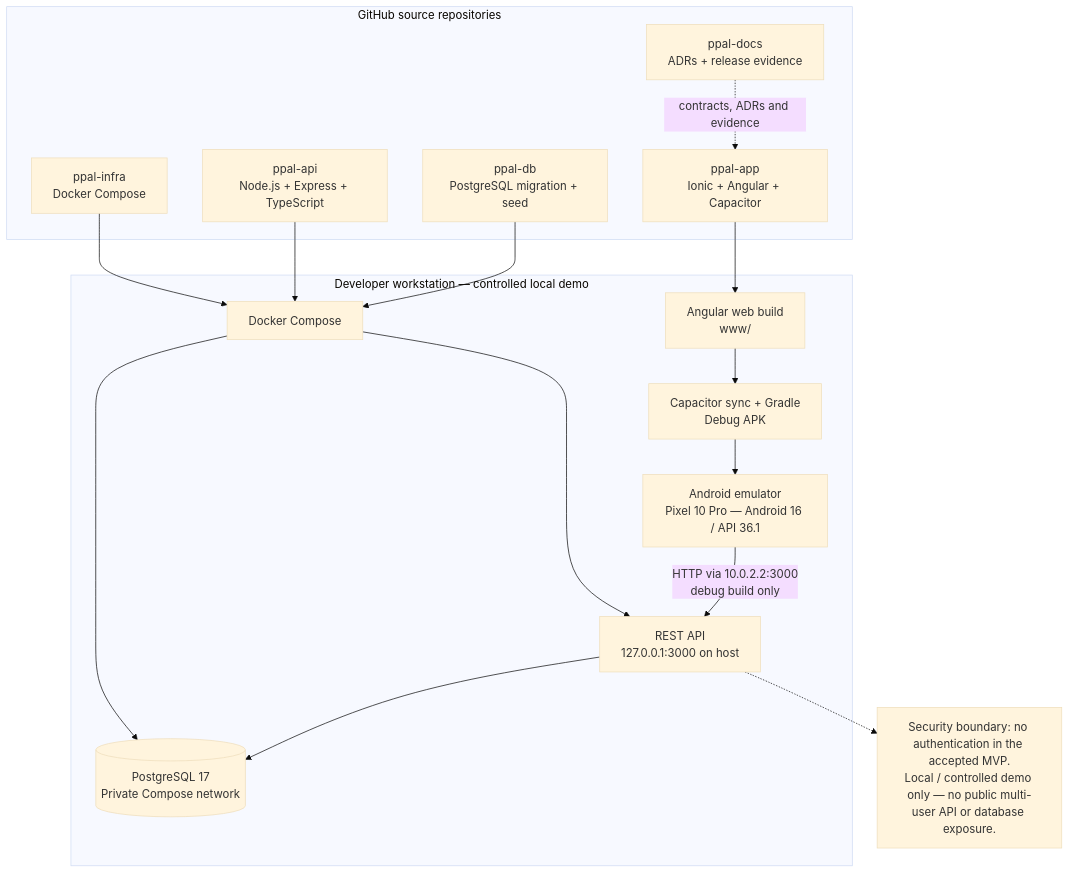
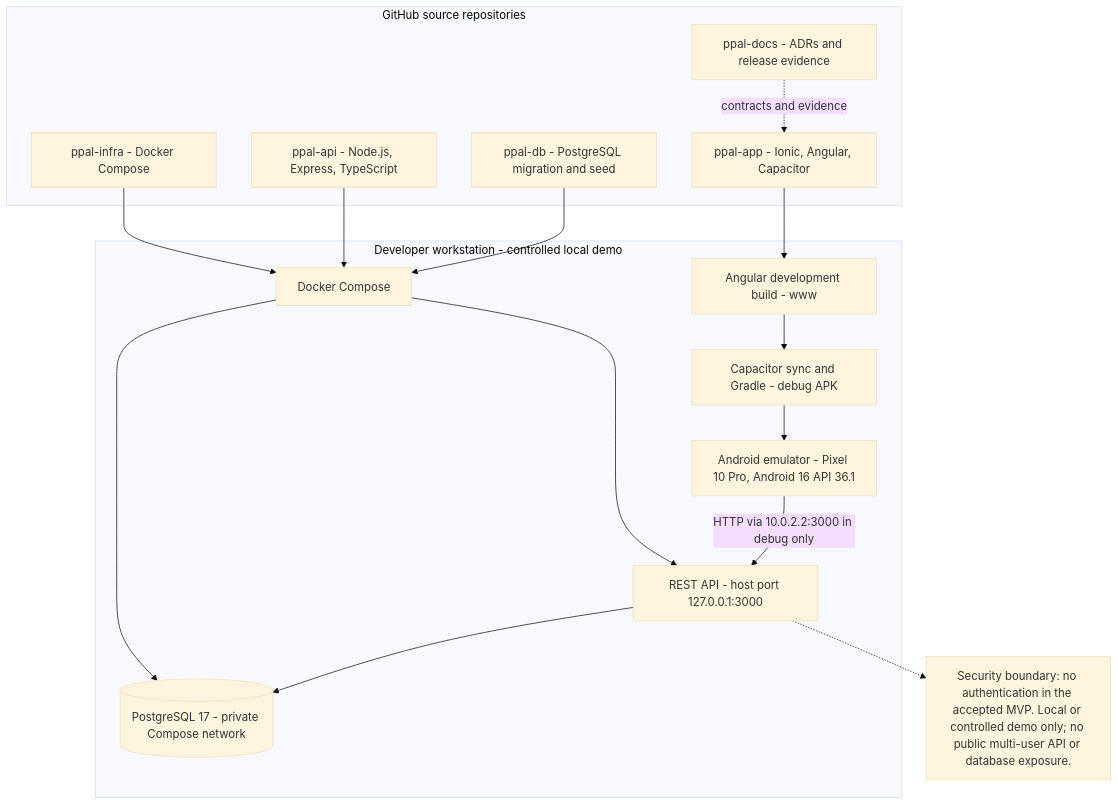
The diagram in 05-release/activity-3-deployment-architecture.mmd (code-corhuila/ppal-docs), drawn with Mermaid (base theme) before and after one commit.

Commit message:
fix(docs): simplify Mermaid deployment diagram labels

```diff
--- a/05-release/activity-3-deployment-architecture.mmd
+++ b/05-release/activity-3-deployment-architecture.mmd
@@ -1,32 +1,32 @@
 flowchart TB
   subgraph Repo["GitHub source repositories"]
-    AppRepo["ppal-app<br/>Ionic + Angular + Capacitor"]
-    ApiRepo["ppal-api<br/>Node.js + Express + TypeScript"]
-    DbRepo["ppal-db<br/>PostgreSQL migration + seed"]
-    InfraRepo["ppal-infra<br/>Docker Compose"]
-    DocsRepo["ppal-docs<br/>ADRs + release evidence"]
+    AppRepo["ppal-app - Ionic, Angular, Capacitor"]
+    ApiRepo["ppal-api - Node.js, Express, TypeScript"]
+    DbRepo["ppal-db - PostgreSQL migration and seed"]
+    InfraRepo["ppal-infra - Docker Compose"]
+    DocsRepo["ppal-docs - ADRs and release evidence"]
   end
 
-  subgraph Workstation["Developer workstation — controlled local demo"]
-    Android["Android emulator<br/>Pixel 10 Pro — Android 16 / API 36.1"]
-    WebBuild["Angular web build<br/>www/"]
-    NativeBuild["Capacitor sync + Gradle<br/>Debug APK"]
+  subgraph Workstation["Developer workstation - controlled local demo"]
+    Android["Android emulator - Pixel 10 Pro, Android 16 API 36.1"]
+    WebBuild["Angular development build - www"]
+    NativeBuild["Capacitor sync and Gradle - debug APK"]
     Compose["Docker Compose"]
-    Api["REST API<br/>127.0.0.1:3000 on host"]
-    Db[("PostgreSQL 17<br/>Private Compose network")]
+    Api["REST API - host port 127.0.0.1:3000"]
+    Db[("PostgreSQL 17 - private Compose network")]
   end
 
   AppRepo --> WebBuild
   WebBuild --> NativeBuild
   NativeBuild --> Android
   InfraRepo --> Compose
   ApiRepo --> Compose
   DbRepo --> Compose
   Compose --> Api
   Compose --> Db
   Api --> Db
-  Android -->|"HTTP via 10.0.2.2:3000<br/>debug build only"| Api
-  DocsRepo -. "contracts, ADRs and evidence" .-> AppRepo
+  Android -->|HTTP via 10.0.2.2:3000 in debug only| Api
+  DocsRepo -. contracts and evidence .-> AppRepo
 
-  Boundary["Security boundary: no authentication in the accepted MVP.<br/>Local / controlled demo only — no public multi-user API or database exposure."]
+  Boundary["Security boundary: no authentication in the accepted MVP. Local or controlled demo only; no public multi-user API or database exposure."]
   Api -.-> Boundary
```
